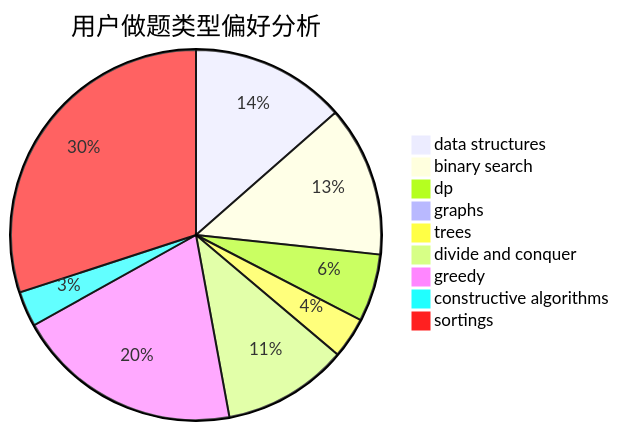
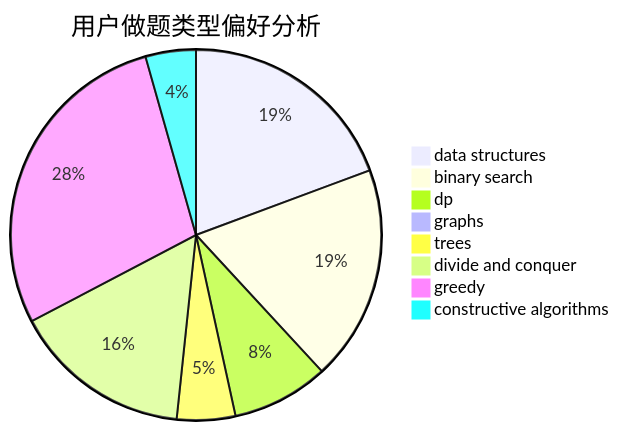
The second of 3 diagrams in docs/user/u2461.md (sherpahu/cfrs.github.io), drawn with Mermaid before and after one commit. The commit also changed other lines of this file and 2769 other files, not shown here.

````diff
--- a/docs/user/u2461.md
+++ b/docs/user/u2461.md
@@ -18,12 +18,11 @@
 ```mermaid
 pie title 用户做题类型偏好分析
     "data structures" :  110
     "binary search" :  107
     "dp" :  48
     "graphs" :  0
     "trees" :  29
     "divide and conquer" :  89
     "greedy" :  161
     "constructive algorithms" :  25
-    "sortings" :  244
 ```
````
